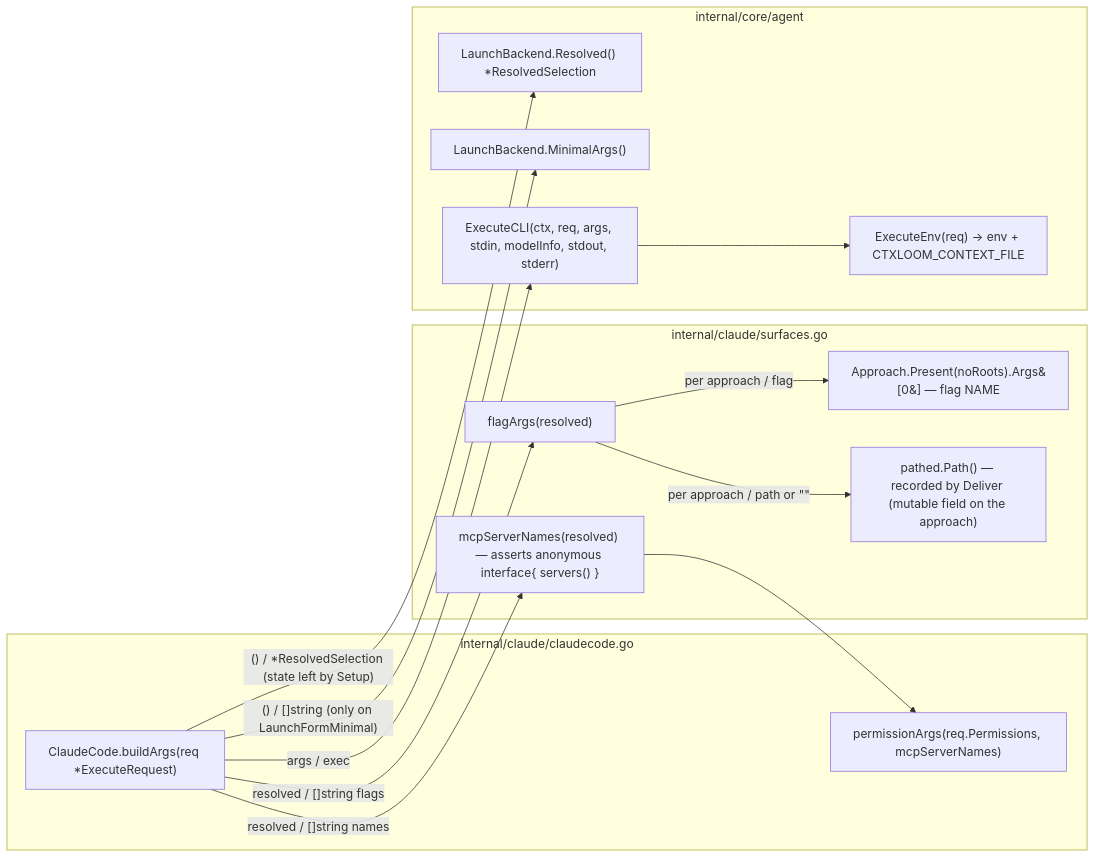
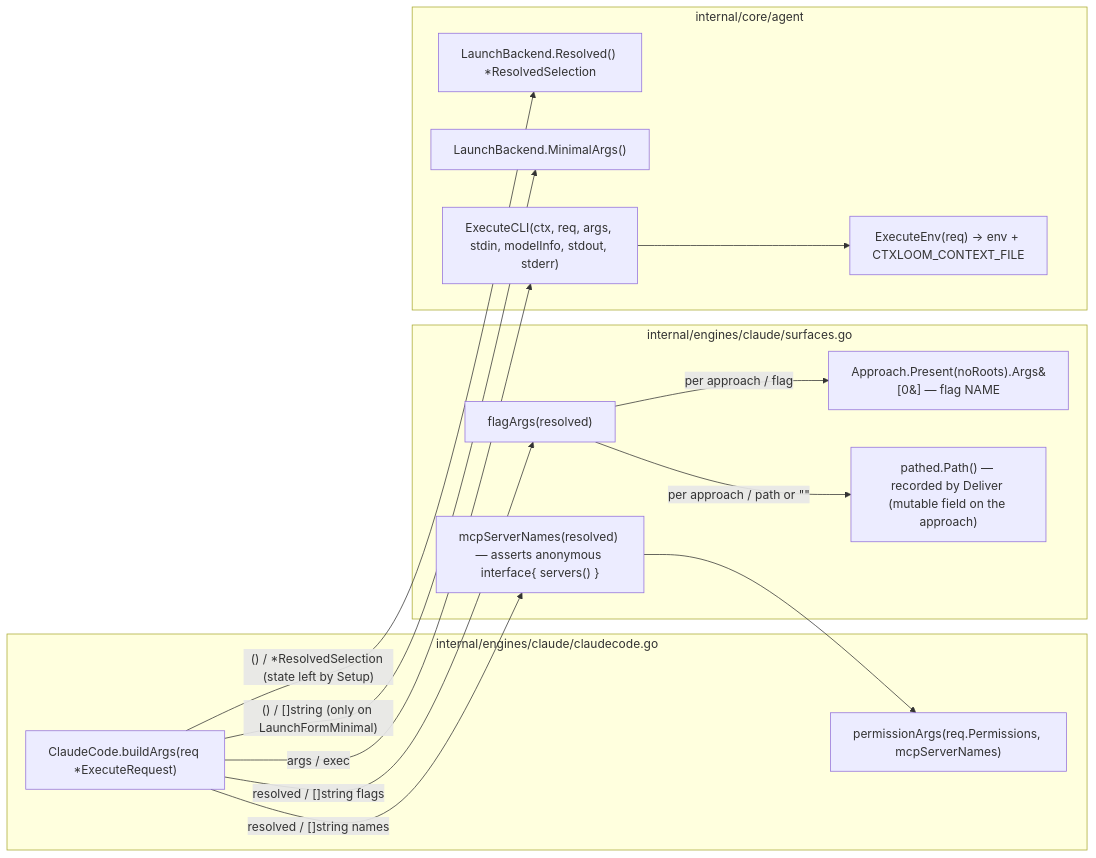
One commit to ctxloom/ctxloom changed the sixth of 10 diagrams in docs/architecture/audit-2026-09-18/03-delivery-surfaces.md. Above: the diagram before and after it, drawn with Mermaid. The commit also changed other lines of this file and 211 other files, not shown here.

First line of the commit message:
refactor(arch): move the engines ring into internal/engines

````diff
--- a/docs/architecture/audit-2026-09-18/03-delivery-surfaces.md
+++ b/docs/architecture/audit-2026-09-18/03-delivery-surfaces.md
@@ -418,28 +418,28 @@
 ```mermaid
 flowchart LR
-  subgraph cc["internal/claude/claudecode.go"]
+  subgraph cc["internal/engines/claude/claudecode.go"]
     BA["ClaudeCode.buildArgs(req *ExecuteRequest)"]
     PA["permissionArgs(req.Permissions, mcpServerNames)"]
   end
-  subgraph sf["internal/claude/surfaces.go"]
+  subgraph sf["internal/engines/claude/surfaces.go"]
     FA["flagArgs(resolved)"]
     MSN["mcpServerNames(resolved) — asserts anonymous interface{ servers() }"]
     P["Approach.Present(noRoots).Args&#91;0&#93; — flag NAME"]
     PATH["pathed.Path() — recorded by Deliver (mutable field on the approach)"]
   end
   subgraph lb["internal/core/agent"]
     RES["LaunchBackend.Resolved() *ResolvedSelection"]
     MA["LaunchBackend.MinimalArgs()"]
     EE["ExecuteEnv(req) → env + CTXLOOM_CONTEXT_FILE"]
     ECLI["ExecuteCLI(ctx, req, args, stdin, modelInfo, stdout, stderr)"]
   end
   BA -- "() / *ResolvedSelection (state left by Setup)" --> RES
   BA -- "resolved / []string flags" --> FA
   FA -- "per approach / flag" --> P
   FA -- "per approach / path or &quot;&quot;" --> PATH
   BA -- "resolved / []string names" --> MSN
   MSN --> PA
   BA -- "() / []string (only on LaunchFormMinimal)" --> MA
   BA -- "args / exec" --> ECLI
   ECLI --> EE
 ```
````
